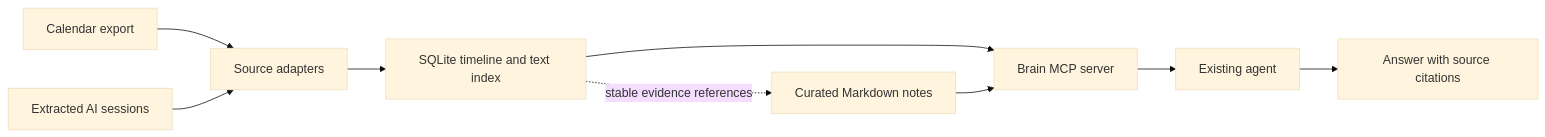
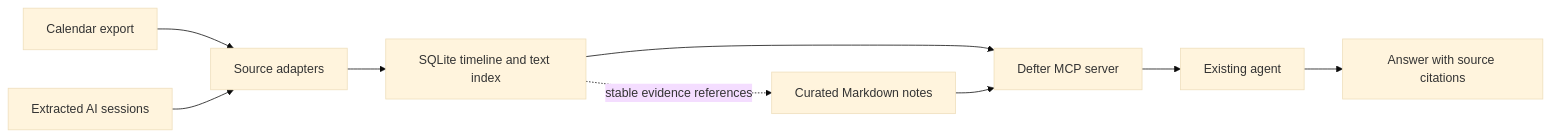
Before and after one commit to Pegasim/Brain: the diagram in docs/architecture.md, drawn with Mermaid (base theme). The commit also changed other lines of this file and 16 other files, not shown here.

First line of the commit message:
Rename the project from Brain to Defter

````diff
--- a/docs/architecture.md
+++ b/docs/architecture.md
@@ -13,11 +13,11 @@
 ```mermaid
 flowchart LR
     Calendar[Calendar export] --> Import[Source adapters]
     Sessions[Extracted AI sessions] --> Import
     Import --> Timeline[SQLite timeline and text index]
     Timeline -. stable evidence references .-> Notes[Curated Markdown notes]
-    Timeline --> Retrieve[Brain MCP server]
+    Timeline --> Retrieve[Defter MCP server]
     Notes --> Retrieve
     Retrieve --> Agent[Existing agent]
     Agent --> Answer[Answer with source citations]
 ```
````
